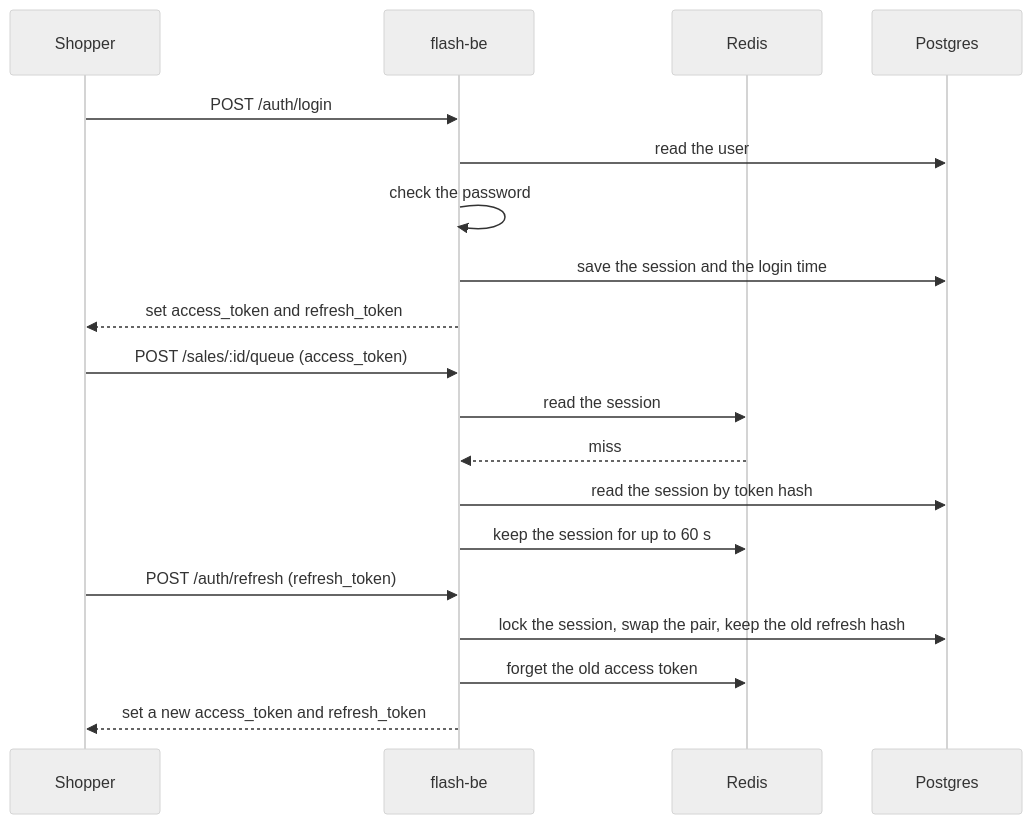
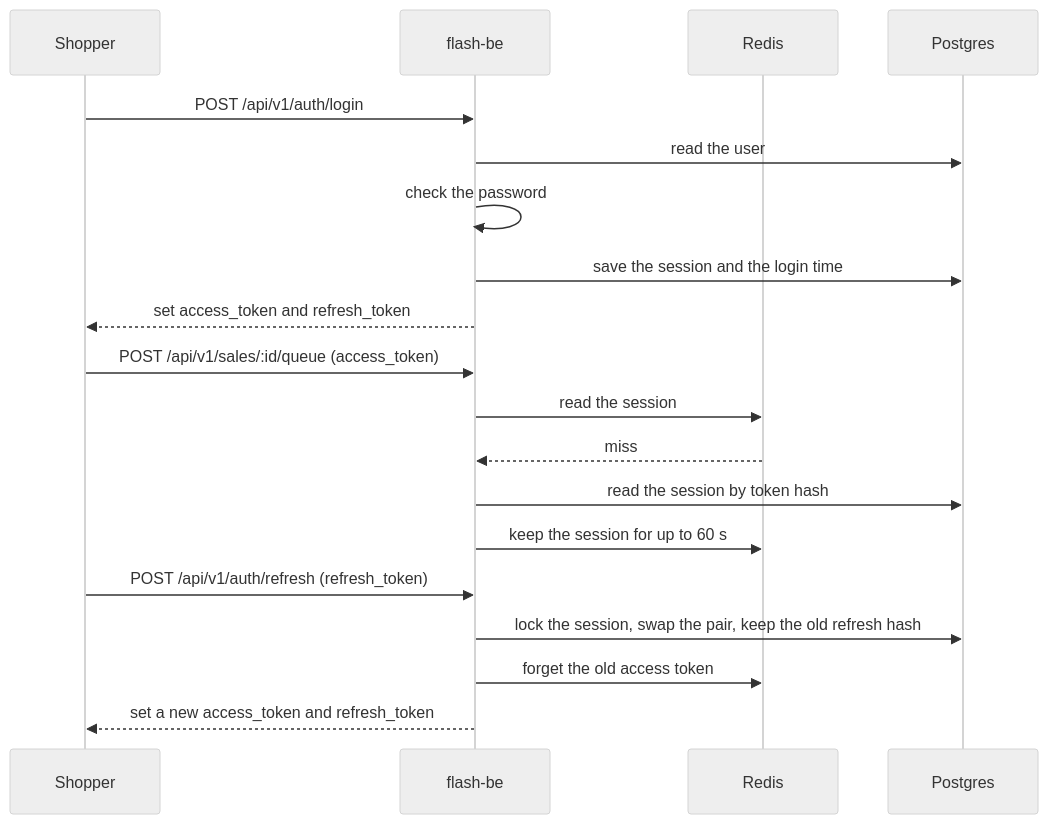
The first of 4 diagrams in specs/apps/flash/c4/sequences.md (wahidyankf/coding-itv-js-flashsale), drawn with Mermaid (neutral theme) before and after one commit. The commit also changed other lines of this file and 111 other files, not shown here.

````diff
--- a/specs/apps/flash/c4/sequences.md
+++ b/specs/apps/flash/c4/sequences.md
@@ -9,23 +9,23 @@
 ```mermaid
 sequenceDiagram
   accTitle: Log in and use the session
   accDescr: The shopper sends a user name and a password. The API reads the user from Postgres, checks the password against its scrypt hash, and writes a session row that holds only the hashes of two new tokens. The reply sets the access and refresh cookies. A later request carries the access cookie; the API looks its hash up in the Redis session cache and falls back to Postgres on a miss. When the access token has ended, the shopper trades the refresh cookie for a new pair, and the old refresh token stops working.
   participant S as Shopper
   participant A as flash-be
   participant R as Redis
   participant P as Postgres
-  S->>A: POST /auth/login
+  S->>A: POST /api/v1/auth/login
   A->>P: read the user
   A->>A: check the password
   A->>P: save the session and the login time
   A-->>S: set access_token and refresh_token
-  S->>A: POST /sales/:id/queue (access_token)
+  S->>A: POST /api/v1/sales/:id/queue (access_token)
   A->>R: read the session
   R-->>A: miss
   A->>P: read the session by token hash
   A->>R: keep the session for up to 60 s
-  S->>A: POST /auth/refresh (refresh_token)
+  S->>A: POST /api/v1/auth/refresh (refresh_token)
   A->>P: lock the session, swap the pair, keep the old refresh hash
   A->>R: forget the old access token
   A-->>S: set a new access_token and refresh_token
 ```
````
